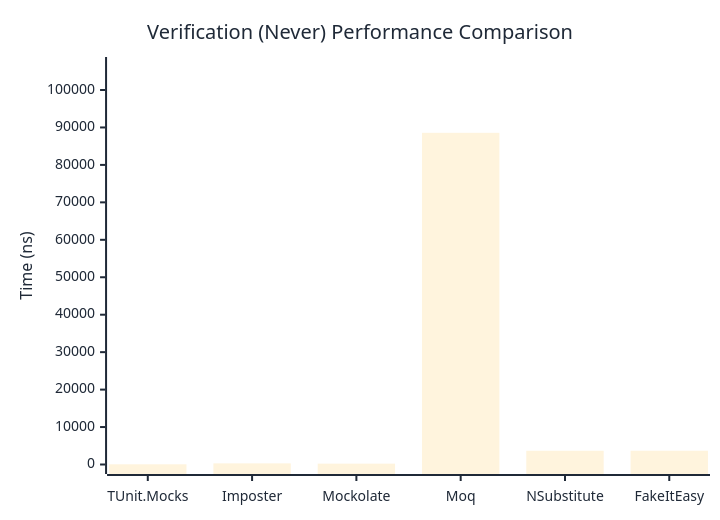
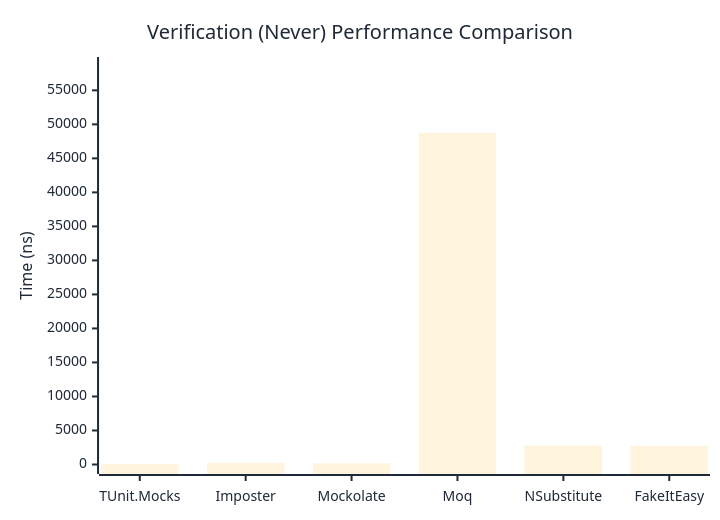
Before and after one commit to thomhurst/TUnit: the second of 3 diagrams in docs/docs/benchmarks/mocks/Verification.md, drawn with Mermaid. The commit also changed other lines of this file and 14 other files, not shown here.

````diff
--- a/docs/docs/benchmarks/mocks/Verification.md
+++ b/docs/docs/benchmarks/mocks/Verification.md
@@ -71,27 +71,27 @@
 ```mermaid
 %%{init: {
   'theme':'base',
   'themeVariables': {
     'primaryColor': '#2563eb',
     'primaryTextColor': '#1f2937',
     'primaryBorderColor': '#1e40af',
     'lineColor': '#6b7280',
     'secondaryColor': '#7c3aed',
     'tertiaryColor': '#dc2626',
     'background': '#ffffff',
     'pie1': '#2563eb',
     'pie2': '#7c3aed',
     'pie3': '#dc2626',
     'pie4': '#f59e0b',
     'pie5': '#10b981',
     'pie6': '#06b6d4',
     'pie7': '#ec4899',
     'pie8': '#6366f1'
   }
 }}%%
 xychart-beta
   title "Verification (Never) Performance Comparison"
   x-axis ["TUnit.Mocks", "Imposter", "Mockolate", "Moq", "NSubstitute", "FakeItEasy"]
-  y-axis "Time (ns)" 0 --> 106277
-  bar [52.76, 305.87, 231.07, 88564.13, 3667.71, 3678.84]
+  y-axis "Time (ns)" 0 --> 58504
+  bar [43.63, 257.14, 189.04, 48752.61, 2782.76, 2737.43]
 ```
````
